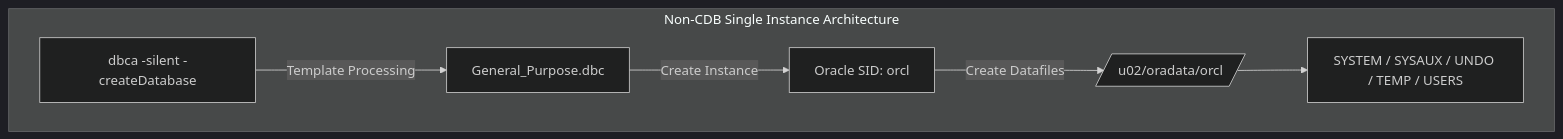
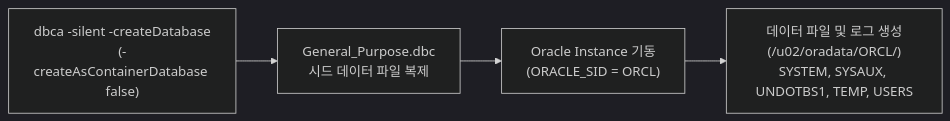
Before and after one commit to zapan1015/Oracle19c_SE: the first of 2 diagrams in Books/CHAPTER_07.md, drawn with Mermaid (dark theme). The commit also changed other lines of this file and 3 other files, not shown here.

````diff
--- a/Books/CHAPTER_07.md
+++ b/Books/CHAPTER_07.md
@@ -62,9 +84,9 @@
 ```mermaid
-graph TD
-    subgraph Non-CDB Single Instance Architecture
-        DBCA[dbca -silent -createDatabase] -->|Template Processing| Seed[General_Purpose.dbc]
-        Seed -->|Create Instance| Instance[Oracle SID: orcl]
-        Instance -->|Create Datafiles| Storage[/u02/oradata/orcl/]
-        Storage --> System[SYSTEM / SYSAUX / UNDO / TEMP / USERS]
-    end
+flowchart LR
+    DBCA["dbca -silent -createDatabase<br/>(-createAsContainerDatabase false)"]
+    Seed["General_Purpose.dbc<br/>시드 데이터 파일 복제"]
+    Inst["Oracle Instance 기동<br/>(ORACLE_SID = ORCL)"]
+    Files["데이터 파일 및 로그 생성<br/>(/u02/oradata/ORCL/)<br/>SYSTEM, SYSAUX, UNDOTBS1, TEMP, USERS"]
+
+    DBCA --> Seed --> Inst --> Files
 ```
````
